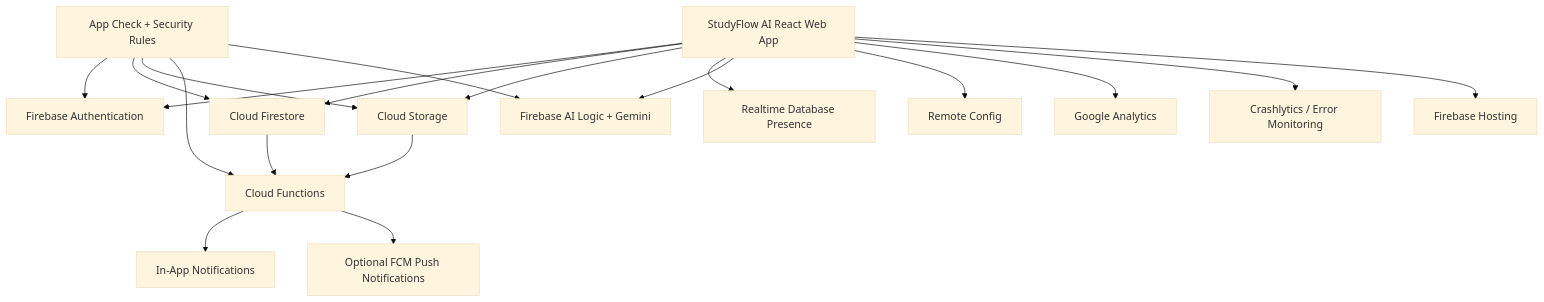
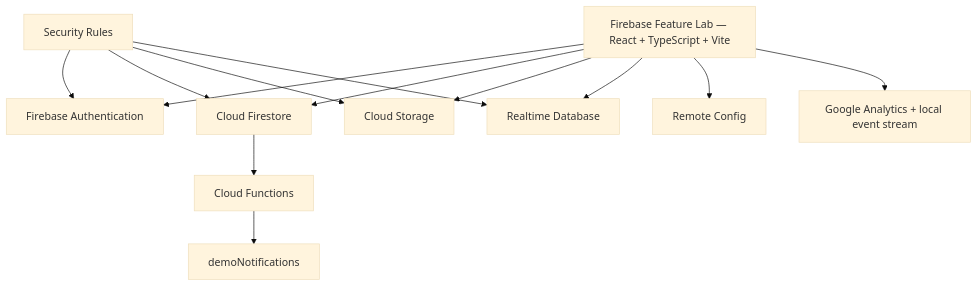
Before and after one commit to zwethu/Firebase_features_presentation: the diagram in README.md, drawn with Mermaid (base theme). The commit also changed other lines of this file and 12 other files, not shown here.

````diff
--- a/README.md
+++ b/README.md
@@ -46,21 +51,15 @@
 ```mermaid
 flowchart TD
-    A[StudyFlow AI React Web App] --> B[Firebase Authentication]
+    A[Firebase Feature Lab — React + TypeScript + Vite] --> B[Firebase Authentication]
     A --> C[Cloud Firestore]
     A --> D[Cloud Storage]
-    A --> E[Realtime Database Presence]
+    A --> E[Realtime Database]
     C --> F[Cloud Functions]
-    D --> F
-    F --> G[In-App Notifications]
-    F --> H[Optional FCM Push Notifications]
-    A --> I[Firebase AI Logic + Gemini]
-    A --> J[Remote Config]
-    A --> K[Google Analytics]
-    A --> L[Crashlytics / Error Monitoring]
-    A --> M[Firebase Hosting]
-    N[App Check + Security Rules] --> B
+    F --> G[demoNotifications]
+    A --> H[Remote Config]
+    A --> I[Google Analytics + local event stream]
+    N[Security Rules] --> B
     N --> C
     N --> D
-    N --> F
-    N --> I
+    N --> E
 ```
````
